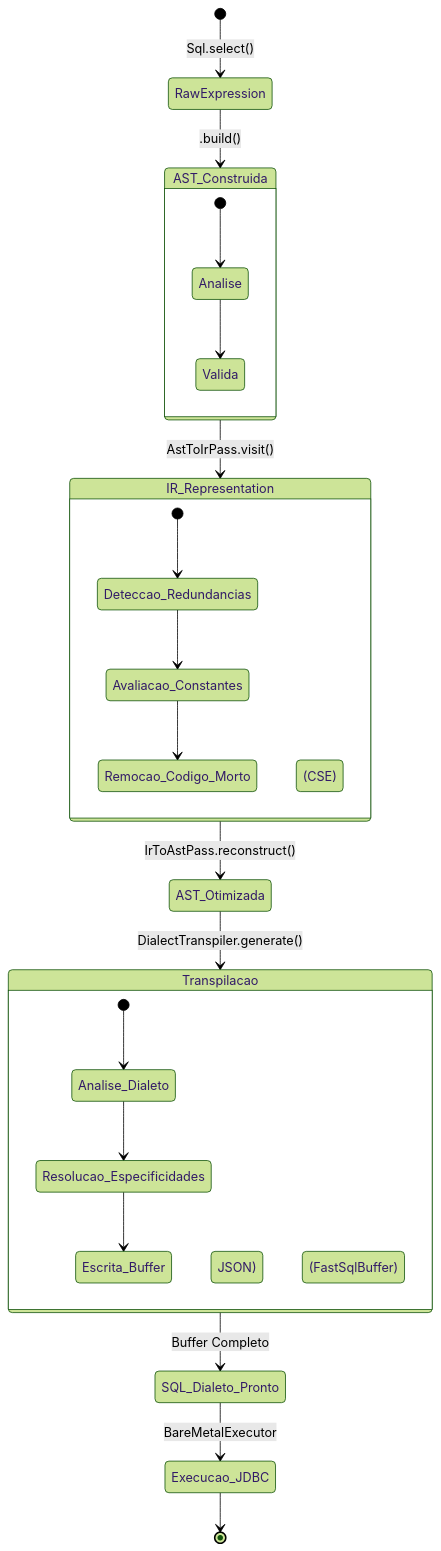
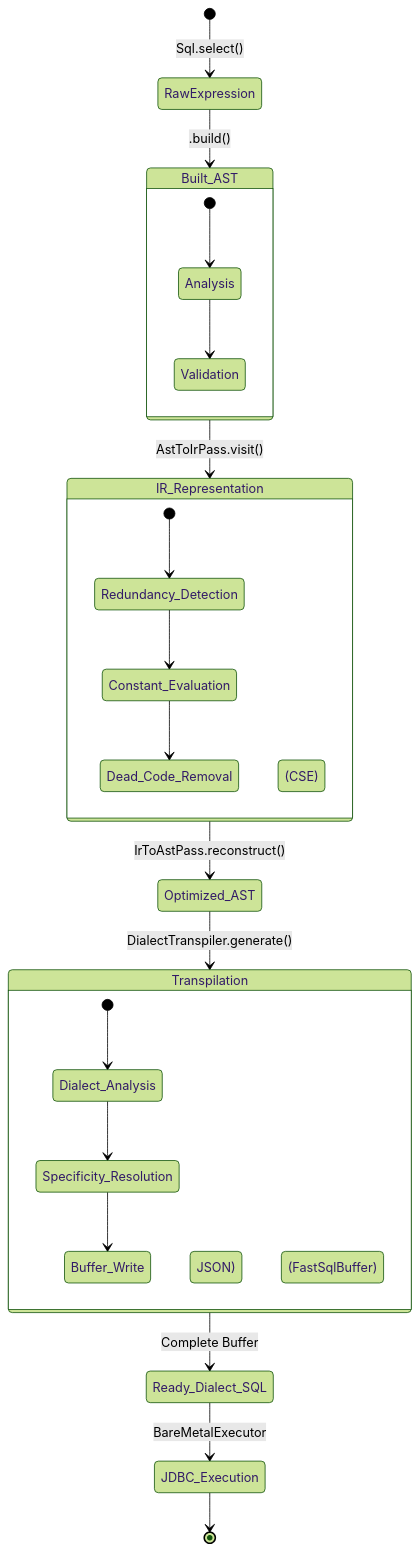
Before and after one commit to Bare-Sql-Engine/bare-sql-java: the second of 3 diagrams in README.md, drawn with Mermaid (forest theme). The commit also changed other lines of this file and 1 other file, not shown here.

````diff
--- a/README.md
+++ b/README.md
@@ -56,31 +56,31 @@
 ```mermaid
 stateDiagram-v2
     [*] --> RawExpression: Sql.select()
-    RawExpression --> AST_Construida: .build()
+    RawExpression --> Built_AST: .build()
     
-    state AST_Construida {
-        [*] --> Analise
-        Analise --> Valida
+    state Built_AST {
+        [*] --> Analysis
+        Analysis --> Validation
     }
     
-    AST_Construida --> IR_Representation: AstToIrPass.visit()
+    Built_AST --> IR_Representation: AstToIrPass.visit()
     
     state IR_Representation {
-        [*] --> Deteccao_Redundancias (CSE)
-        Deteccao_Redundancias --> Avaliacao_Constantes
-        Avaliacao_Constantes --> Remocao_Codigo_Morto
+        [*] --> Redundancy_Detection (CSE)
+        Redundancy_Detection --> Constant_Evaluation
+        Constant_Evaluation --> Dead_Code_Removal
     }
     
-    IR_Representation --> AST_Otimizada: IrToAstPass.reconstruct()
-    AST_Otimizada --> Transpilacao: DialectTranspiler.generate()
+    IR_Representation --> Optimized_AST: IrToAstPass.reconstruct()
+    Optimized_AST --> Transpilation: DialectTranspiler.generate()
     
-    state Transpilacao {
-        [*] --> Analise_Dialeto
-        Analise_Dialeto --> Resolucao_Especificidades (ex: JSON)
-        Resolucao_Especificidades --> Escrita_Buffer (FastSqlBuffer)
+    state Transpilation {
+        [*] --> Dialect_Analysis
+        Dialect_Analysis --> Specificity_Resolution (ex: JSON)
+        Specificity_Resolution --> Buffer_Write (FastSqlBuffer)
     }
     
-    Transpilacao --> SQL_Dialeto_Pronto: Buffer Completo
-    SQL_Dialeto_Pronto --> Execucao_JDBC: BareMetalExecutor
-    Execucao_JDBC --> [*]
+    Transpilation --> Ready_Dialect_SQL: Complete Buffer
+    Ready_Dialect_SQL --> JDBC_Execution: BareMetalExecutor
+    JDBC_Execution --> [*]
 ```
````
